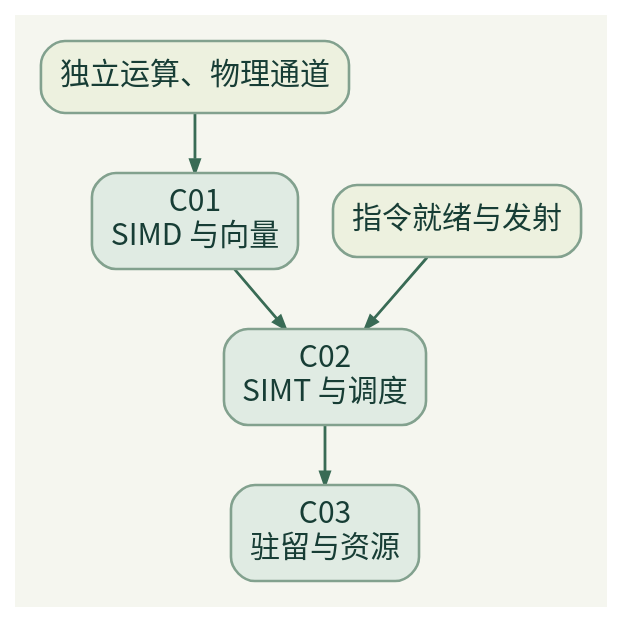
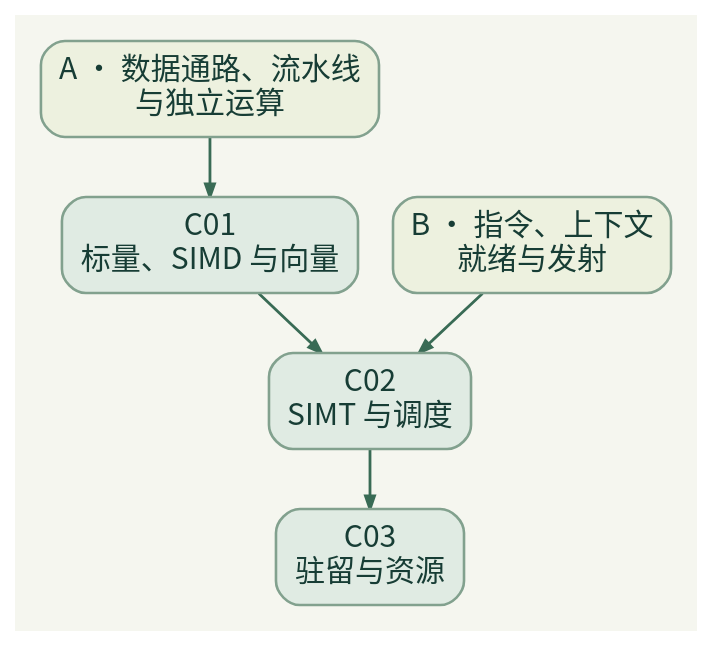
The diagram in series/microarchitecture-v2/03-parallel-execution/assets/knowledge-map.dot (microarch-flow/wiki), drawn with Graphviz before and after one commit. The commit also changed 6 other files, not shown here.

```diff
--- a/series/microarchitecture-v2/03-parallel-execution/assets/knowledge-map.dot
+++ b/series/microarchitecture-v2/03-parallel-execution/assets/knowledge-map.dot
@@ -1,14 +1,14 @@
 digraph knowledge {
   graph [rankdir=TB, bgcolor="#f5f6ef", pad="0.18", nodesep="0.24", ranksep="0.42", splines=polyline, outputorder=edgesfirst];
   node [shape=box, style="rounded,filled", color="#82a18e", fillcolor="#e0ebe3", fontcolor="#173d35", penwidth=1.3, fontname="Noto Sans CJK SC", fontsize=15, margin="0.13,0.10"];
   edge [color="#396b55", penwidth=1.4, arrowsize=.65];
-  A [label="独立运算、物理通道", fillcolor="#edf1df", fontcolor="#173d35"];
-  B [label="C01\nSIMD 与向量", fillcolor="#e0ebe3", fontcolor="#173d35"];
+  A [label="A · 数据通路、流水线\n与独立运算", fillcolor="#edf1df", fontcolor="#173d35"];
+  B [label="C01\n标量、SIMD 与向量", fillcolor="#e0ebe3", fontcolor="#173d35"];
   C [label="C02\nSIMT 与调度", fillcolor="#e0ebe3", fontcolor="#173d35"];
-  D [label="指令就绪与发射", fillcolor="#edf1df", fontcolor="#173d35"];
+  D [label="B · 指令、上下文\n就绪与发射", fillcolor="#edf1df", fontcolor="#173d35"];
   E [label="C03\n驻留与资源", fillcolor="#e0ebe3", fontcolor="#173d35"];
   A -> B;
   B -> C;
   D -> C;
   C -> E;
 }
```
